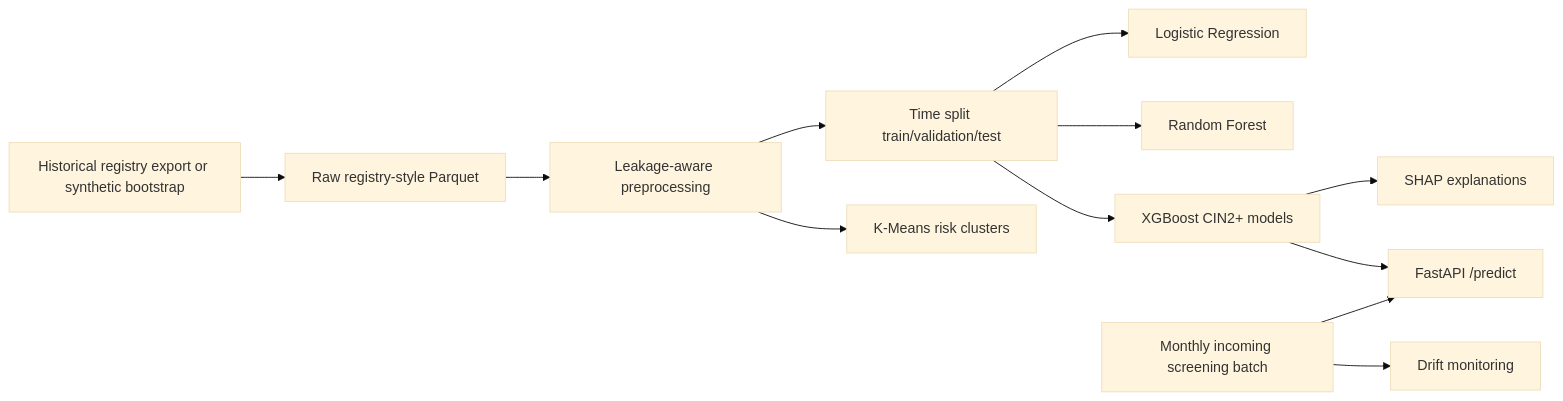
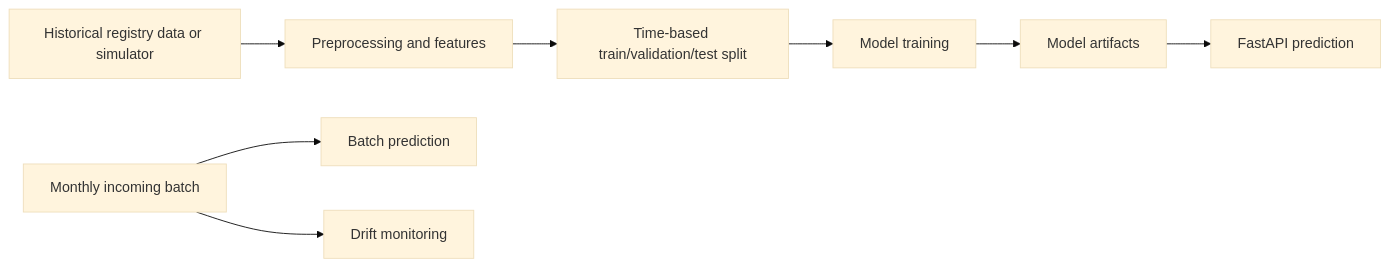
Before and after one commit to YX-Niu/CerviRisk: the diagram in README.md, drawn with Mermaid (base theme). The commit also changed other lines of this file and 21 other files, not shown here.

````diff
--- a/README.md
+++ b/README.md
@@ -54,14 +40,10 @@
 ```mermaid
 flowchart LR
-    A[Historical registry export or synthetic bootstrap] --> B[Raw registry-style Parquet]
-    B --> C[Leakage-aware preprocessing]
-    C --> D[Time split train/validation/test]
-    D --> E[Logistic Regression]
-    D --> F[Random Forest]
-    D --> G[XGBoost CIN2+ models]
-    G --> H[SHAP explanations]
-    C --> I[K-Means risk clusters]
-    G --> J[FastAPI /predict]
-    L[Monthly incoming screening batch] --> K[Drift monitoring]
-    L --> J
+    A[Historical registry data or simulator] --> B[Preprocessing and features]
+    B --> C[Time-based train/validation/test split]
+    C --> D[Model training]
+    D --> E[Model artifacts]
+    E --> F[FastAPI prediction]
+    G[Monthly incoming batch] --> H[Batch prediction]
+    G --> I[Drift monitoring]
 ```
````
